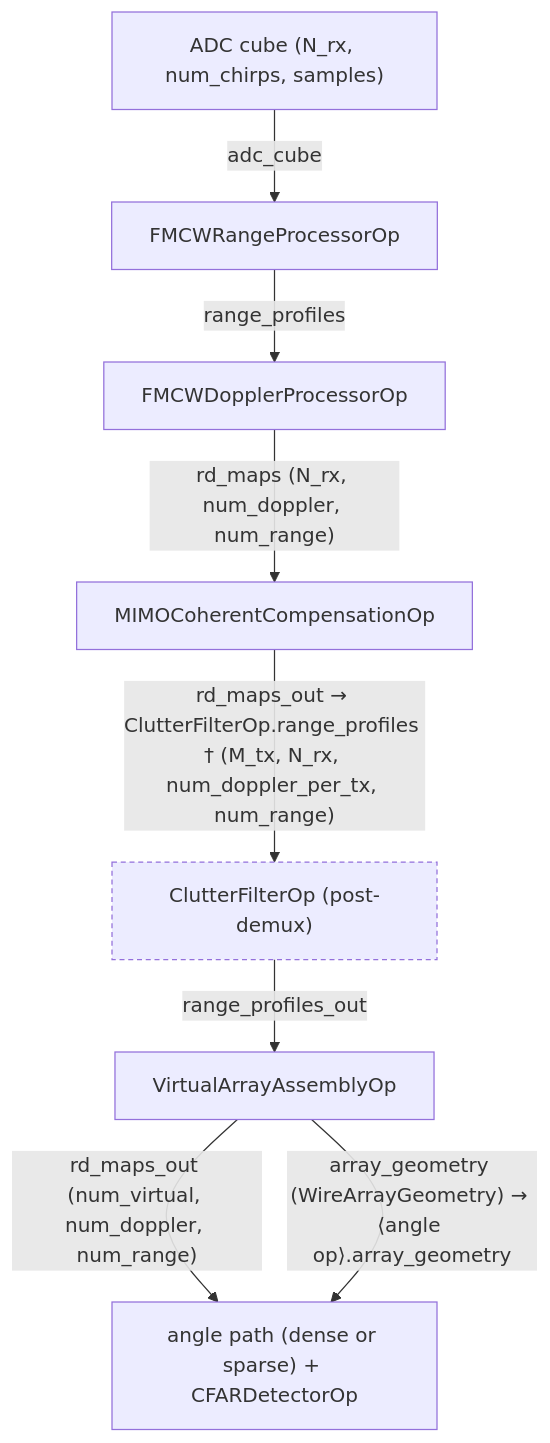
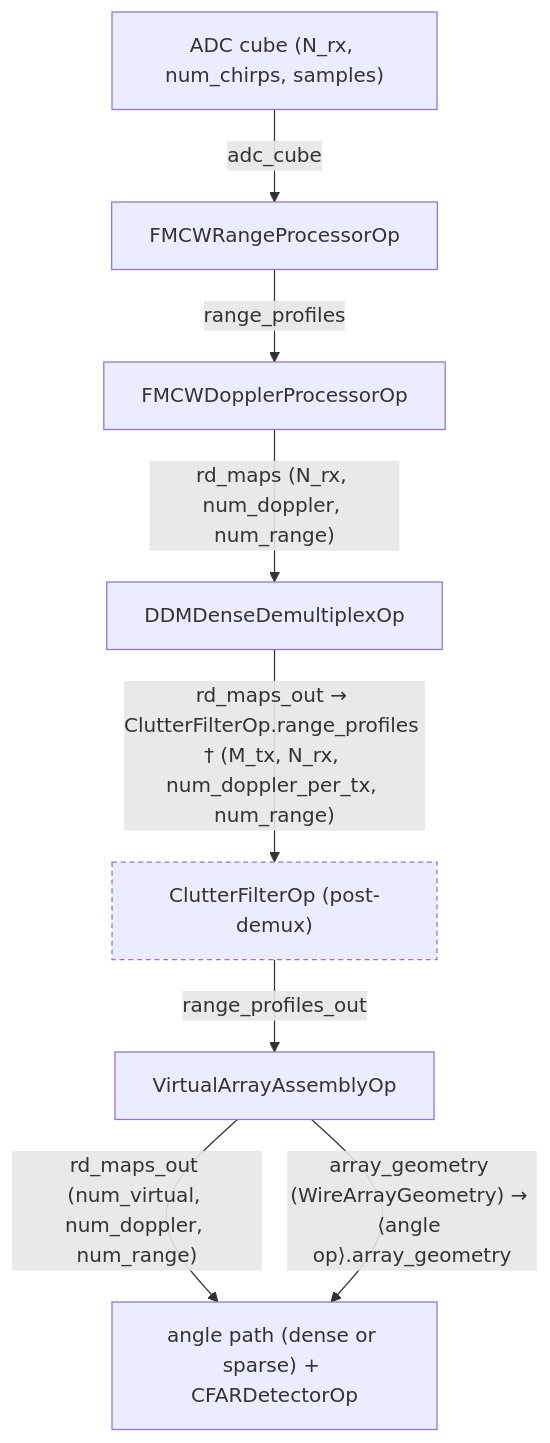
The eighth of 9 diagrams in docs/planning/WORKFLOWS.md (nvidia-holoscan/holoscan-radar), drawn with Mermaid before and after one commit. The commit also changed other lines of this file and 114 other files, not shown here.

````diff
--- a/docs/planning/WORKFLOWS.md
+++ b/docs/planning/WORKFLOWS.md
@@ -245,12 +245,12 @@
 ```mermaid
 flowchart TD
   classDef opt stroke-dasharray:4 3
   ADC["ADC cube (N_rx, num_chirps, samples)"] -->|"adc_cube"| RANGE["FMCWRangeProcessorOp"]
   RANGE -->|"range_profiles"| DOPP["FMCWDopplerProcessorOp"]
-  DOPP -->|"rd_maps (N_rx, num_doppler, num_range)"| COMP["MIMOCoherentCompensationOp"]
+  DOPP -->|"rd_maps (N_rx, num_doppler, num_range)"| COMP["DDMDenseDemultiplexOp"]
   COMP -->|"rd_maps_out → ClutterFilterOp.range_profiles † (M_tx, N_rx, num_doppler_per_tx, num_range)"| CLUT["ClutterFilterOp (post-demux)"]
   CLUT -->|"range_profiles_out"| VAA["VirtualArrayAssemblyOp"]
   VAA -->|"rd_maps_out (num_virtual, num_doppler, num_range)"| ANGLE["angle path (dense or sparse) + CFARDetectorOp"]
   VAA -->|"array_geometry (WireArrayGeometry) → ⟨angle op⟩.array_geometry"| ANGLE
   class CLUT opt
 ```
````
